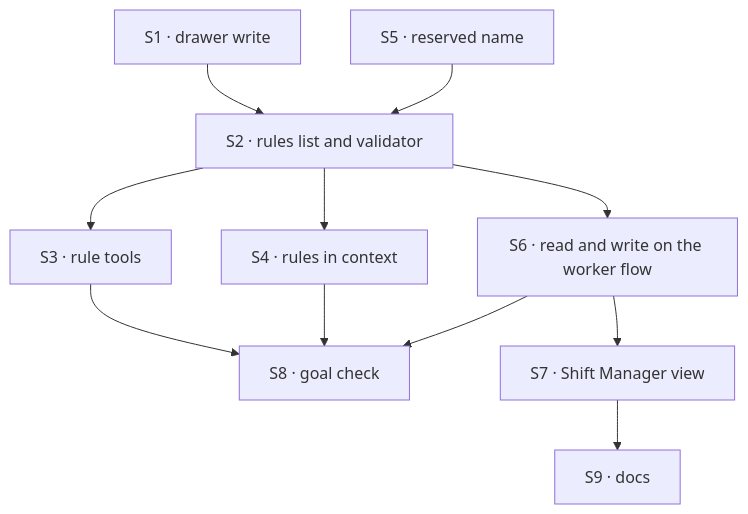
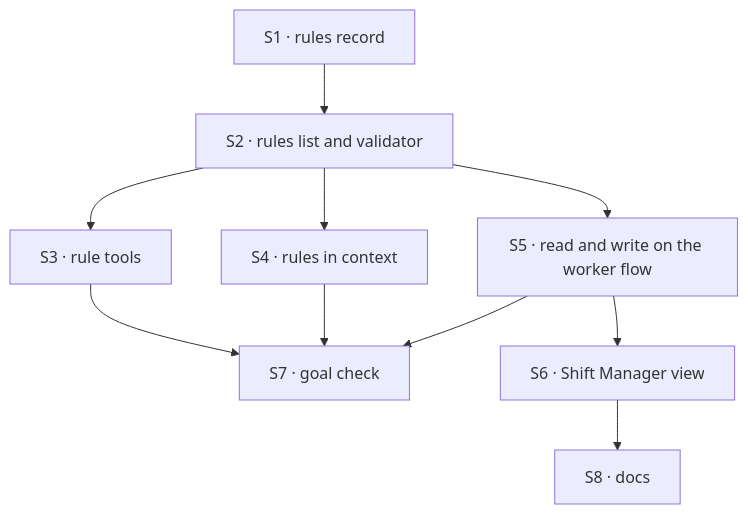
The diagram in specs/issues/FIX-1945/PLAN.md (fixpoint-labs/flow-state-dev), drawn with Mermaid before and after one commit. The commit also changed other lines of this file and 7 other files, not shown here.

````diff
--- a/specs/issues/FIX-1945/PLAN.md
+++ b/specs/issues/FIX-1945/PLAN.md
@@ -24,13 +23,12 @@
 ```mermaid
 flowchart TD
-  S1["S1 · drawer write"] --> S2["S2 · rules list and validator"]
-  S5["S5 · reserved name"] --> S2
+  S1["S1 · rules record"] --> S2["S2 · rules list and validator"]
   S2 --> S3["S3 · rule tools"]
   S2 --> S4["S4 · rules in context"]
-  S2 --> S6["S6 · read and write on the worker flow"]
-  S3 --> S8["S8 · goal check"]
-  S4 --> S8
-  S6 --> S8
-  S6 --> S7["S7 · Shift Manager view"]
-  S7 --> S9["S9 · docs"]
+  S2 --> S5["S5 · read and write on the worker flow"]
+  S3 --> S7["S7 · goal check"]
+  S4 --> S7
+  S5 --> S7
+  S5 --> S6["S6 · Shift Manager view"]
+  S6 --> S8["S8 · docs"]
 ```
````
